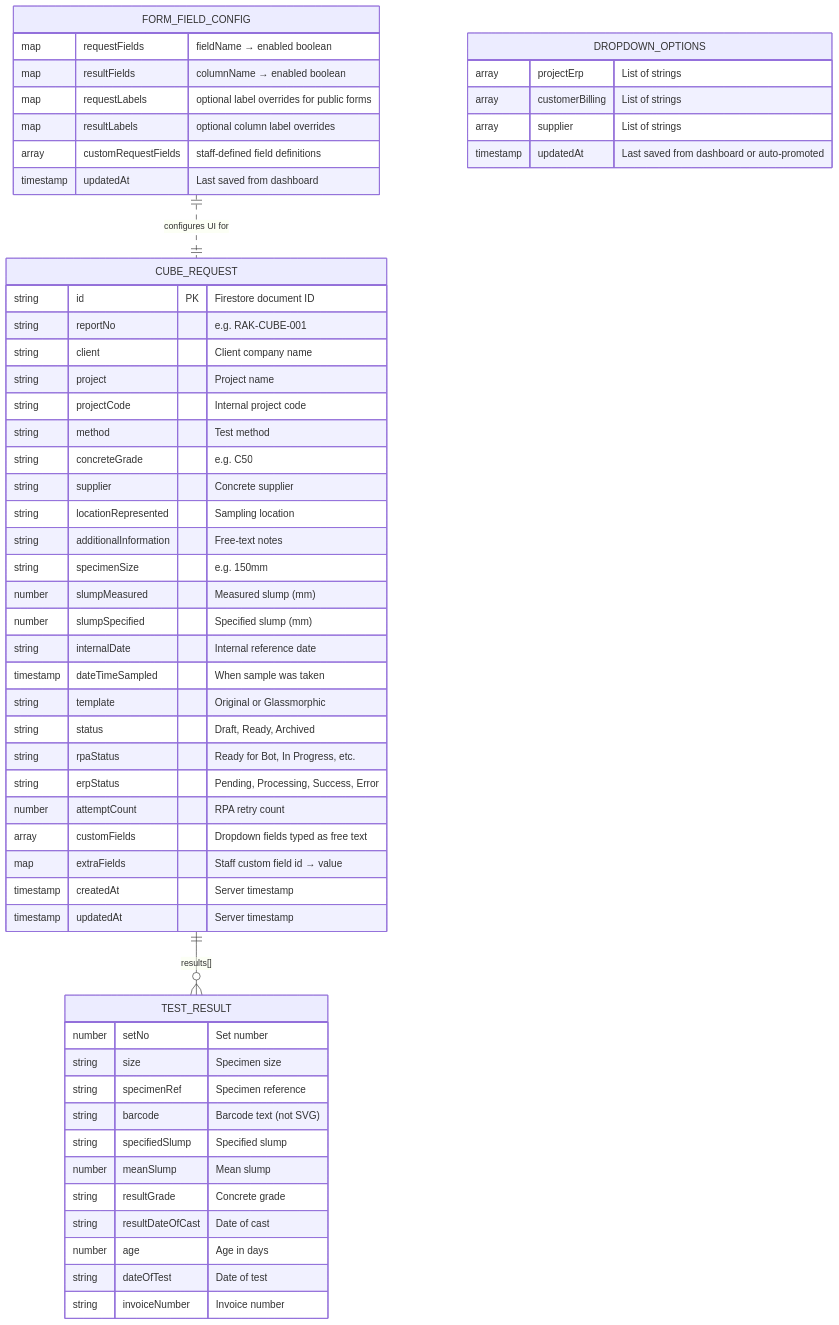
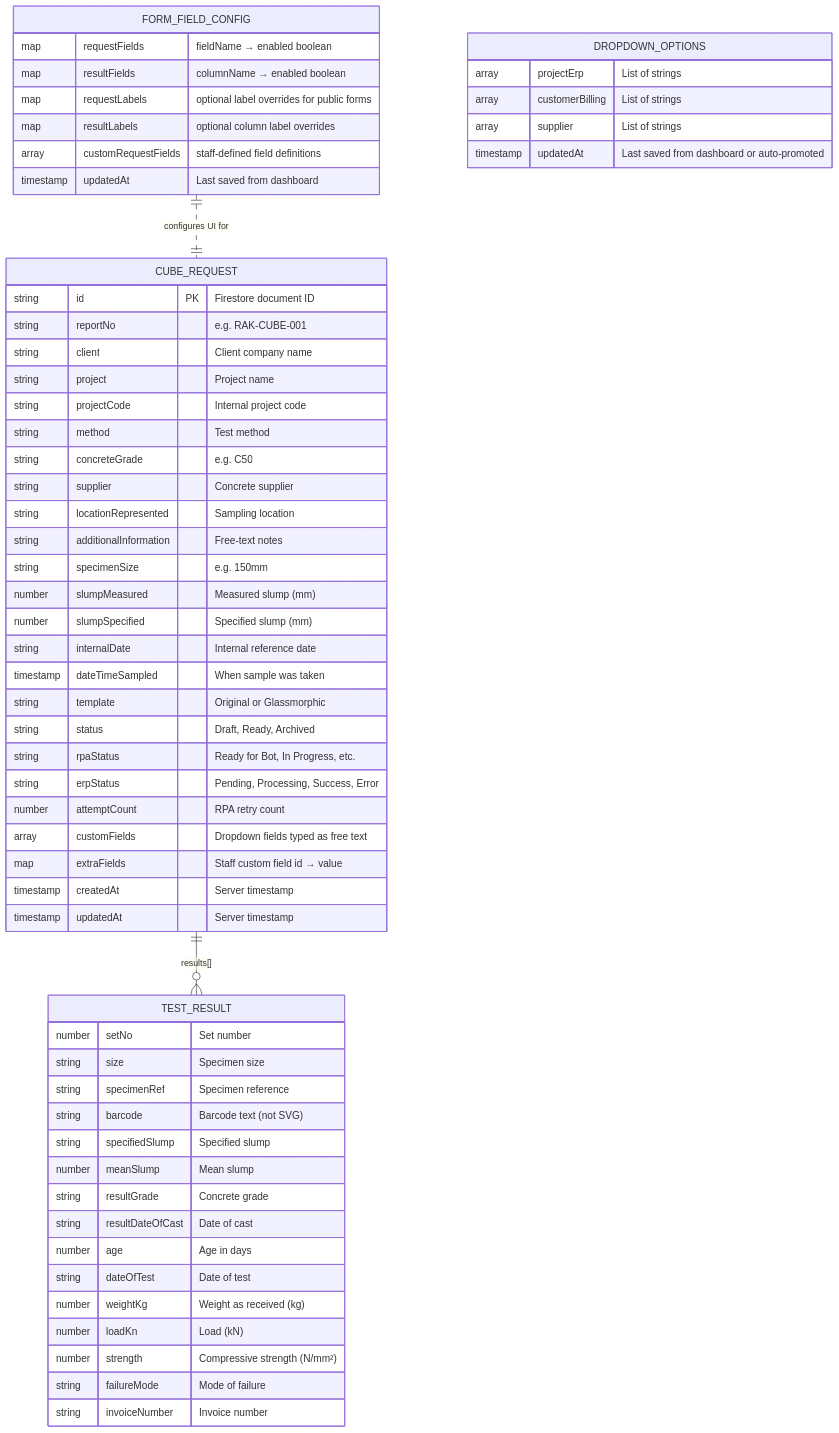
One commit to Yanguangchen/CubeSync changed the ninth of 11 diagrams in documentation/architecture.md. Above: the diagram before and after it, drawn with Mermaid. The commit also changed 17 other files, not shown here.

Commit message:
Add new result fields for weight, load, strength, and failure mode in forms and tables

````diff
--- a/documentation/architecture.md
+++ b/documentation/architecture.md
@@ -488,62 +488,66 @@
 ```mermaid
 erDiagram
     CUBE_REQUEST {
         string id PK "Firestore document ID"
         string reportNo "e.g. RAK-CUBE-001"
         string client "Client company name"
         string project "Project name"
         string projectCode "Internal project code"
         string method "Test method"
         string concreteGrade "e.g. C50"
         string supplier "Concrete supplier"
         string locationRepresented "Sampling location"
         string additionalInformation "Free-text notes"
         string specimenSize "e.g. 150mm"
         number slumpMeasured "Measured slump (mm)"
         number slumpSpecified "Specified slump (mm)"
         string internalDate "Internal reference date"
         timestamp dateTimeSampled "When sample was taken"
         string template "Original or Glassmorphic"
         string status "Draft, Ready, Archived"
         string rpaStatus "Ready for Bot, In Progress, etc."
         string erpStatus "Pending, Processing, Success, Error"
         number attemptCount "RPA retry count"
         array customFields "Dropdown fields typed as free text"
         map extraFields "Staff custom field id → value"
         timestamp createdAt "Server timestamp"
         timestamp updatedAt "Server timestamp"
     }
 
     TEST_RESULT {
         number setNo "Set number"
         string size "Specimen size"
         string specimenRef "Specimen reference"
         string barcode "Barcode text (not SVG)"
         string specifiedSlump "Specified slump"
         number meanSlump "Mean slump"
         string resultGrade "Concrete grade"
         string resultDateOfCast "Date of cast"
         number age "Age in days"
         string dateOfTest "Date of test"
+        number weightKg "Weight as received (kg)"
+        number loadKn "Load (kN)"
+        number strength "Compressive strength (N/mm²)"
+        string failureMode "Mode of failure"
         string invoiceNumber "Invoice number"
     }
 
     FORM_FIELD_CONFIG {
         map requestFields "fieldName → enabled boolean"
         map resultFields "columnName → enabled boolean"
         map requestLabels "optional label overrides for public forms"
         map resultLabels "optional column label overrides"
         array customRequestFields "staff-defined field definitions"
         timestamp updatedAt "Last saved from dashboard"
     }
 
     DROPDOWN_OPTIONS {
         array projectErp "List of strings"
         array customerBilling "List of strings"
         array supplier "List of strings"
         timestamp updatedAt "Last saved from dashboard or auto-promoted"
     }
 
     CUBE_REQUEST ||--o{ TEST_RESULT : "results[]"
     FORM_FIELD_CONFIG ||..|| CUBE_REQUEST : "configures UI for"
 ```
````
